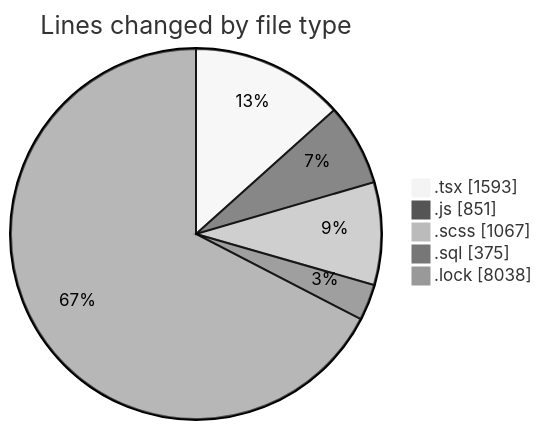
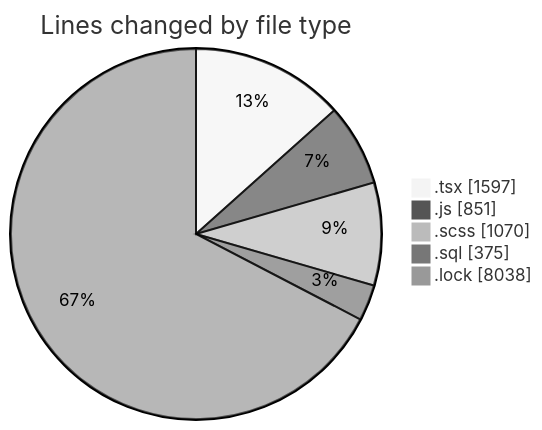
One commit to momahboobian/code-tracking changed the first of 2 diagrams in 2025-03-18/cda/README.md. Above: the diagram before and after it, drawn with Mermaid (neutral theme). The commit also changed other lines of this file and 1 other file, not shown here.

````diff
--- a/2025-03-18/cda/README.md
+++ b/2025-03-18/cda/README.md
@@ -32,9 +32,9 @@
 ```mermaid
 pie showData
 title Lines changed by file type
-".tsx" : 1593
+".tsx" : 1597
 ".js" : 851
-".scss" : 1067
+".scss" : 1070
 ".sql" : 375
 ".lock" : 8038
 ```
````
